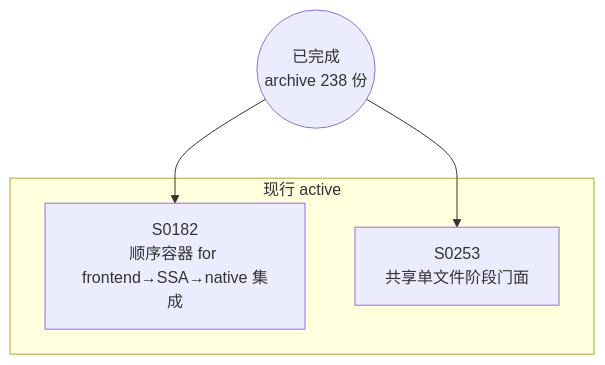
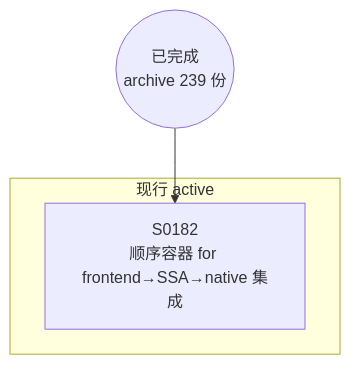
Before and after one commit to Halckon/Koven: the diagram in docs/specs/dependency-graph.md, drawn with Mermaid. The commit also changed other lines of this file and 10 other files, not shown here.

````diff
--- a/docs/specs/dependency-graph.md
+++ b/docs/specs/dependency-graph.md
@@ -9,10 +9,8 @@
 ```mermaid
 flowchart TD
-ARCH(("已完成<br/>archive 238 份"))
+ARCH(("已完成<br/>archive 239 份"))
 subgraph Gactive["现行 active"]
   S0182["S0182<br/>顺序容器 for frontend→SSA→native 集成"]
-  S0253["S0253<br/>共享单文件阶段门面"]
 end
 ARCH --> S0182
-ARCH --> S0253
 ```
````
